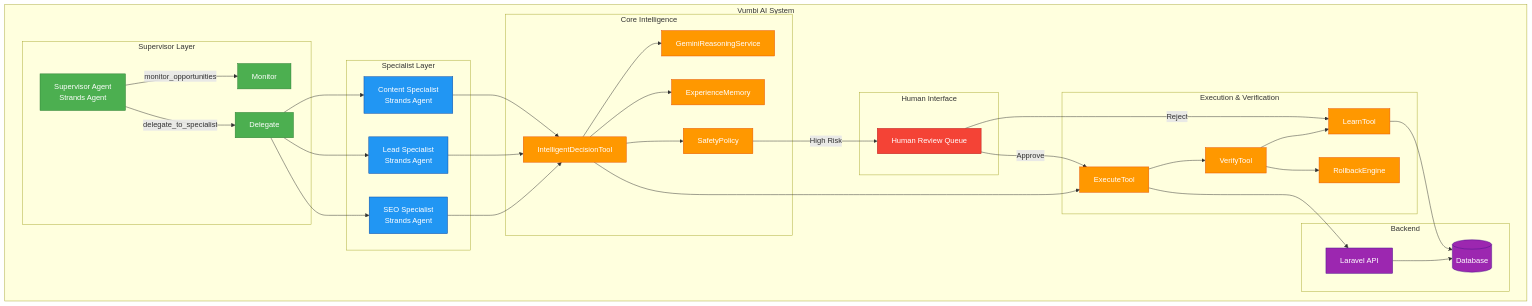
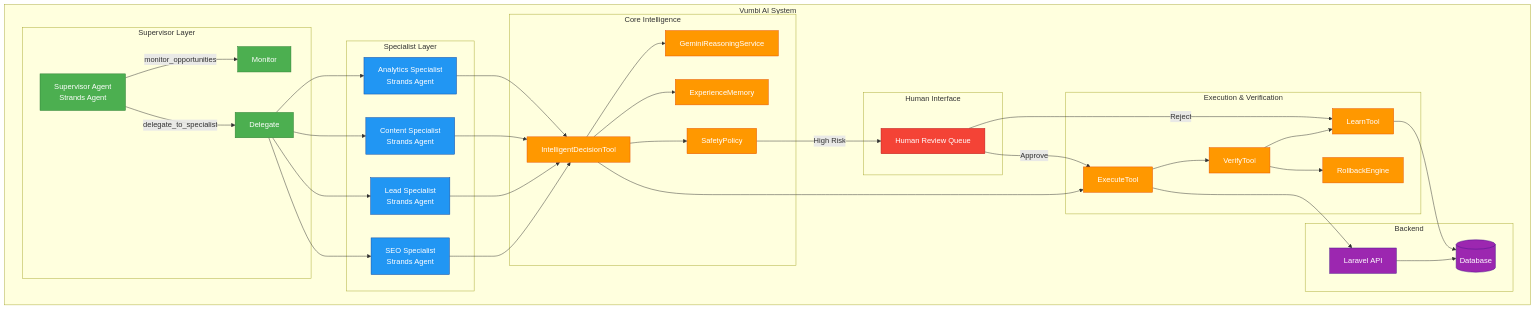
The diagram in README.md (Dante-VIQ/Autonomous-Agent), drawn with Mermaid before and after one commit. The commit also changed other lines of this file, not shown here.

Commit message:
corrected  Readme file for Autonomous agent

````diff
--- a/README.md
+++ b/README.md
@@ -47,56 +47,58 @@
 ```mermaid
 flowchart TB
     subgraph "Vumbi AI System"
         subgraph "Supervisor Layer"
             S[Supervisor Agent<br/>Strands Agent]
             S -->|monitor_opportunities| M[Monitor]
             S -->|delegate_to_specialist| D[Delegate]
         end
 
         subgraph "Specialist Layer"
             D --> SEO[SEO Specialist<br/>Strands Agent]
             D --> LEAD[Lead Specialist<br/>Strands Agent]
             D --> CONTENT[Content Specialist<br/>Strands Agent]
+            D --> ANALYTICS[Analytics Specialist<br/>Strands Agent]
         end
 
         subgraph "Core Intelligence"
             SEO --> ID[IntelligentDecisionTool]
             LEAD --> ID
             CONTENT --> ID
+            ANALYTICS --> ID
             ID --> GEM[GeminiReasoningService]
             ID --> MEM[ExperienceMemory]
             ID --> SAF[SafetyPolicy]
         end
 
         subgraph "Execution & Verification"
             ID --> EXEC[ExecuteTool]
             EXEC --> VERIFY[VerifyTool]
             VERIFY --> LEARN[LearnTool]
             VERIFY --> ROLLBACK[RollbackEngine]
         end
 
         subgraph "Backend"
             EXEC --> API[Laravel API]
             API --> DB[(Database)]
             LEARN --> DB
         end
 
         subgraph "Human Interface"
             SAF -->|High Risk| REVIEW[Human Review Queue]
             REVIEW -->|Approve| EXEC
             REVIEW -->|Reject| LEARN
         end
     end
 
     classDef supervisor fill:#4CAF50,color:white,stroke:#2E7D32
     classDef specialist fill:#2196F3,color:white,stroke:#0D47A1
     classDef core fill:#FF9800,color:white,stroke:#E65100
     classDef backend fill:#9C27B0,color:white,stroke:#4A148C
     classDef human fill:#F44336,color:white,stroke:#B71C1C
 
     class S,M,D supervisor
-    class SEO,LEAD,CONTENT specialist
+    class SEO,LEAD,CONTENT,ANALYTICS specialist
     class ID,GEM,MEM,SAF,EXEC,VERIFY,LEARN,ROLLBACK core
     class API,DB backend
     class REVIEW human
 ```
````
